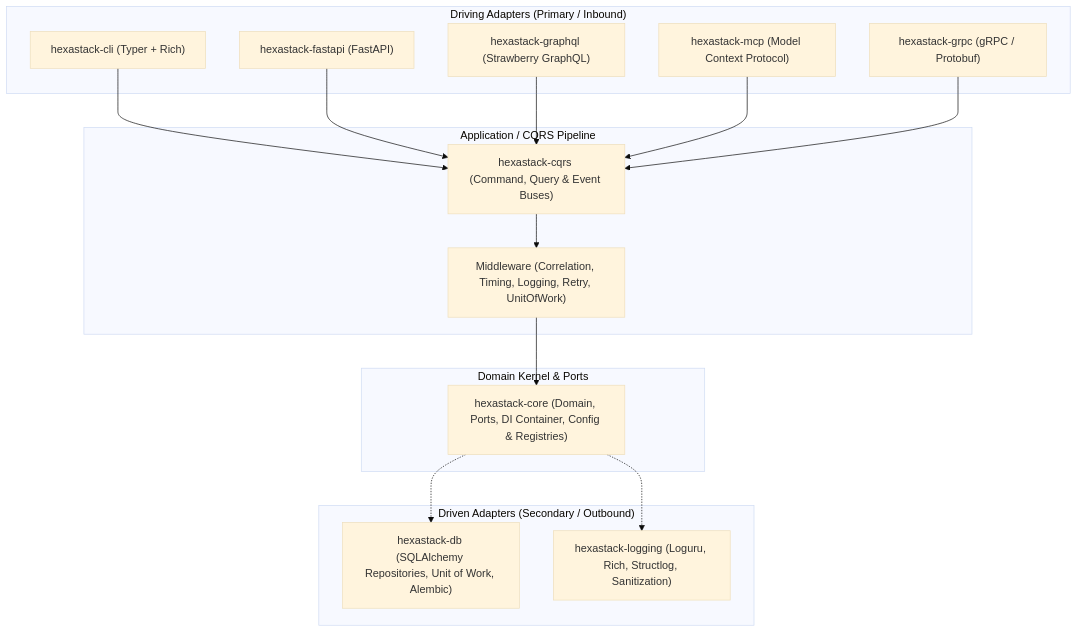
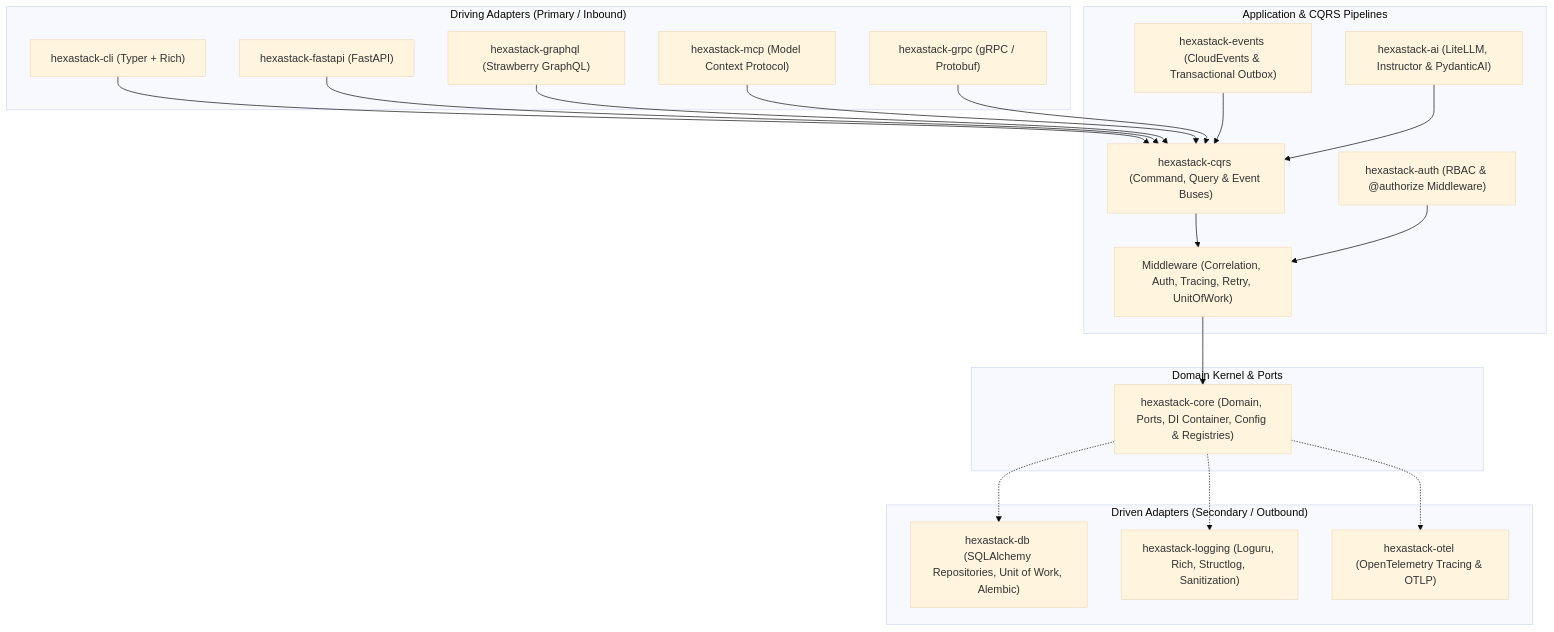
Before and after one commit to TheTrueSCU/hexastack: the first of 2 diagrams in README.md, drawn with Mermaid (base theme). The commit also changed other lines of this file and 88 other files, not shown here.

Commit message:
add hexastack-events and otel; update README.md across project; make umbrella app dynamic

````diff
--- a/README.md
+++ b/README.md
@@ -15,34 +15,42 @@
 ```mermaid
 graph TD
     subgraph DrivingAdapters ["Driving Adapters (Primary / Inbound)"]
         CLI["hexastack-cli (Typer + Rich)"]
         REST["hexastack-fastapi (FastAPI)"]
         GQL["hexastack-graphql (Strawberry GraphQL)"]
         MCP["hexastack-mcp (Model Context Protocol)"]
         GRPC["hexastack-grpc (gRPC / Protobuf)"]
     end
 
-    subgraph CQRSExecution ["Application / CQRS Pipeline"]
+    subgraph CQRSExecution ["Application & CQRS Pipelines"]
         BUS["hexastack-cqrs (Command, Query & Event Buses)"]
-        MW["Middleware (Correlation, Timing, Logging, Retry, UnitOfWork)"]
+        AUTH["hexastack-auth (RBAC & @authorize Middleware)"]
+        EVENTS["hexastack-events (CloudEvents & Transactional Outbox)"]
+        AI["hexastack-ai (LiteLLM, Instructor & PydanticAI)"]
+        MW["Middleware (Correlation, Auth, Tracing, Retry, UnitOfWork)"]
     end
 
     subgraph DomainKernel ["Domain Kernel & Ports"]
         CORE["hexastack-core (Domain, Ports, DI Container, Config & Registries)"]
     end
 
     subgraph DrivenAdapters ["Driven Adapters (Secondary / Outbound)"]
         DB["hexastack-db (SQLAlchemy Repositories, Unit of Work, Alembic)"]
         LOG["hexastack-logging (Loguru, Rich, Structlog, Sanitization)"]
+        OTEL["hexastack-otel (OpenTelemetry Tracing & OTLP)"]
     end
 
     CLI --> BUS
     REST --> BUS
     GQL --> BUS
     MCP --> BUS
     GRPC --> BUS
     BUS --> MW
+    AUTH --> MW
+    EVENTS --> BUS
+    AI --> BUS
     MW --> CORE
     CORE -.-> DB
     CORE -.-> LOG
+    CORE -.-> OTEL
 ```
````
